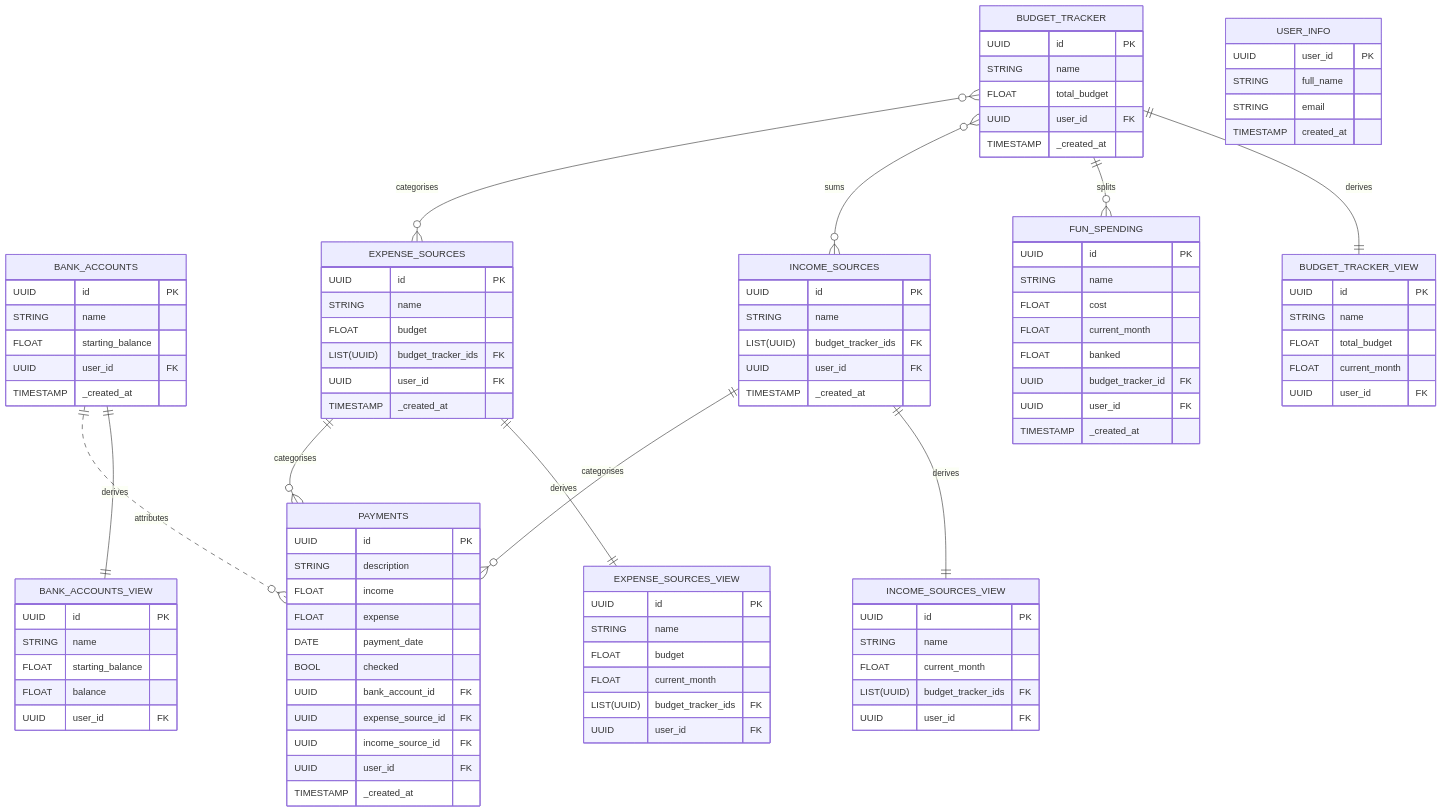
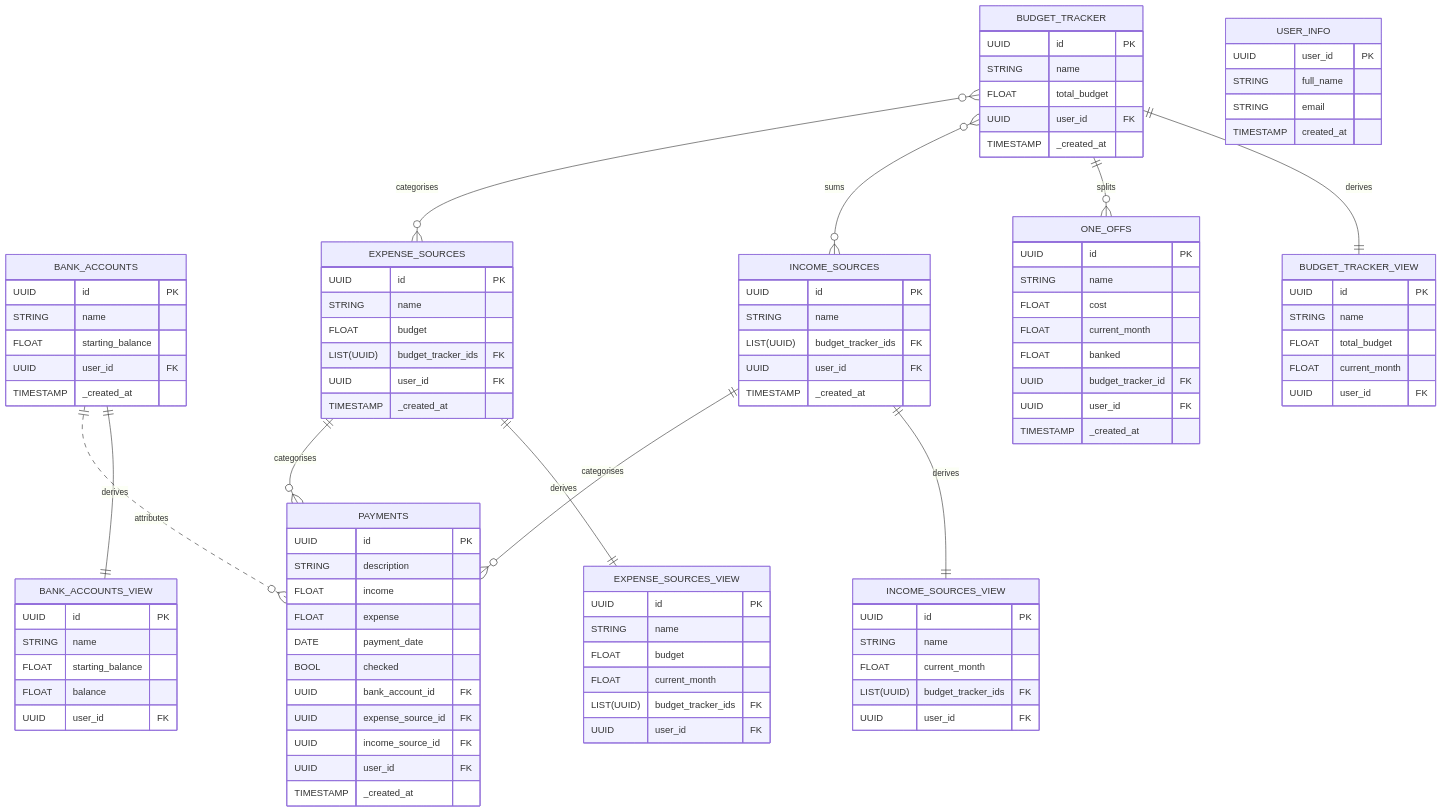
The fourth of 4 diagrams in README.md (tomalcorn/finance-tracker), drawn with Mermaid before and after one commit. The commit also changed 7 other files, not shown here.

Commit message:
Refactor FUN_SPENDING to ONE_OFFS across the application, updating related SQL tables, views, and constants for tracking non-regular payments and savings goals.

```diff
--- a/README.md
+++ b/README.md
@@ -183,7 +183,7 @@
         TIMESTAMP _created_at
     }
 
-    FUN_SPENDING {
+    ONE_OFFS {
         UUID id PK
         STRING name
         FLOAT cost
@@ -214,7 +214,7 @@
     INCOME_SOURCES ||--o{ PAYMENTS : "categorises"
     BUDGET_TRACKER }o--o{ EXPENSE_SOURCES : "categorises"
     BUDGET_TRACKER }o--o{ INCOME_SOURCES : "sums"
-    BUDGET_TRACKER ||--o{ FUN_SPENDING : "splits"
+    BUDGET_TRACKER ||--o{ ONE_OFFS : "splits"
     BANK_ACCOUNTS ||--|| BANK_ACCOUNTS_VIEW : "derives"
     EXPENSE_SOURCES ||--|| EXPENSE_SOURCES_VIEW : "derives"
     INCOME_SOURCES ||--|| INCOME_SOURCES_VIEW : "derives"
```
